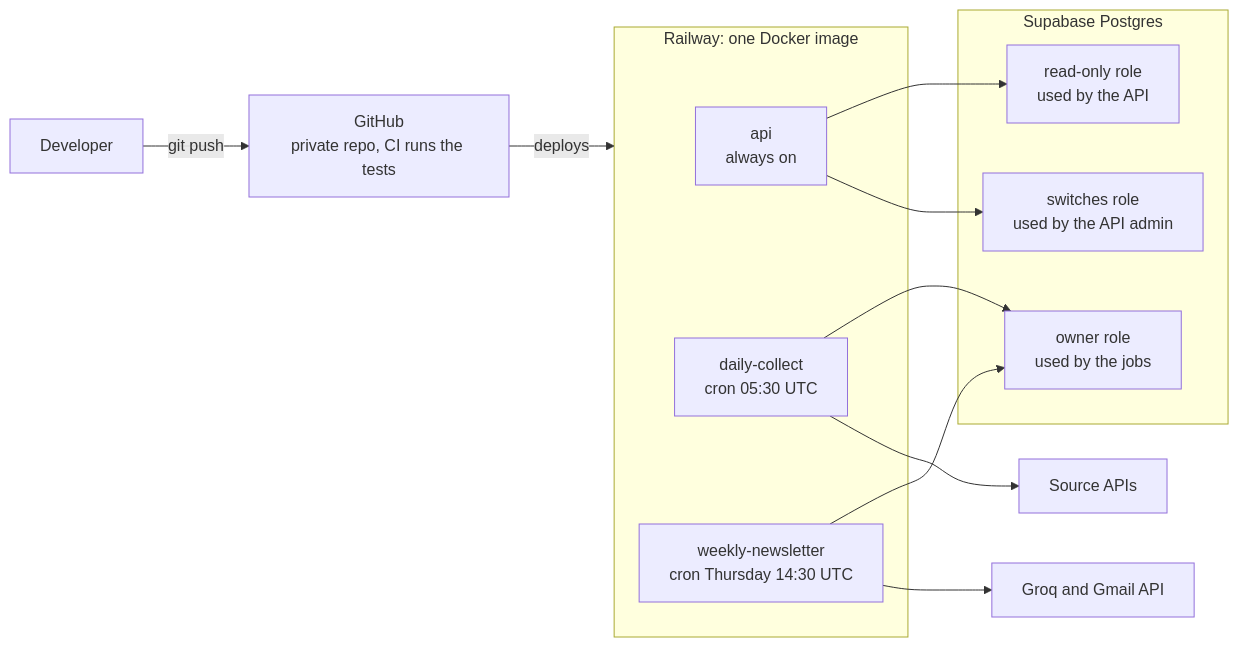
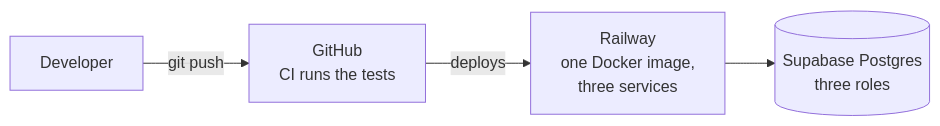
One commit to healthcarai-hub/Migraine-Research-Monitor changed the second of 2 diagrams in README.md. Above: the diagram before and after it, drawn with Mermaid. The commit also changed other lines of this file and 11 other files, not shown here.

````diff
--- a/README.md
+++ b/README.md
@@ -262,21 +161,6 @@
 ```mermaid
 flowchart LR
-    dev["Developer"] -->|"git push"| gh["GitHub<br/>private repo, CI runs the tests"]
-    gh -->|"deploys"| rw
-    subgraph rw["Railway: one Docker image"]
-        s1["api<br/>always on"]
-        s2["daily-collect<br/>cron 05:30 UTC"]
-        s3["weekly-newsletter<br/>cron Thursday 14:30 UTC"]
-    end
-    subgraph sb["Supabase Postgres"]
-        r1["owner role<br/>used by the jobs"]
-        r2["read-only role<br/>used by the API"]
-        r3["switches role<br/>used by the API admin"]
-    end
-    s2 --> r1
-    s3 --> r1
-    s1 --> r2
-    s1 --> r3
-    s2 --> ext["Source APIs"]
-    s3 --> g["Groq and Gmail API"]
+    dev["Developer"] -->|"git push"| gh["GitHub<br/>CI runs the tests"]
+    gh -->|"deploys"| rw["Railway<br/>one Docker image,<br/>three services"]
+    rw --> sb[("Supabase Postgres<br/>three roles")]
 ```
````
